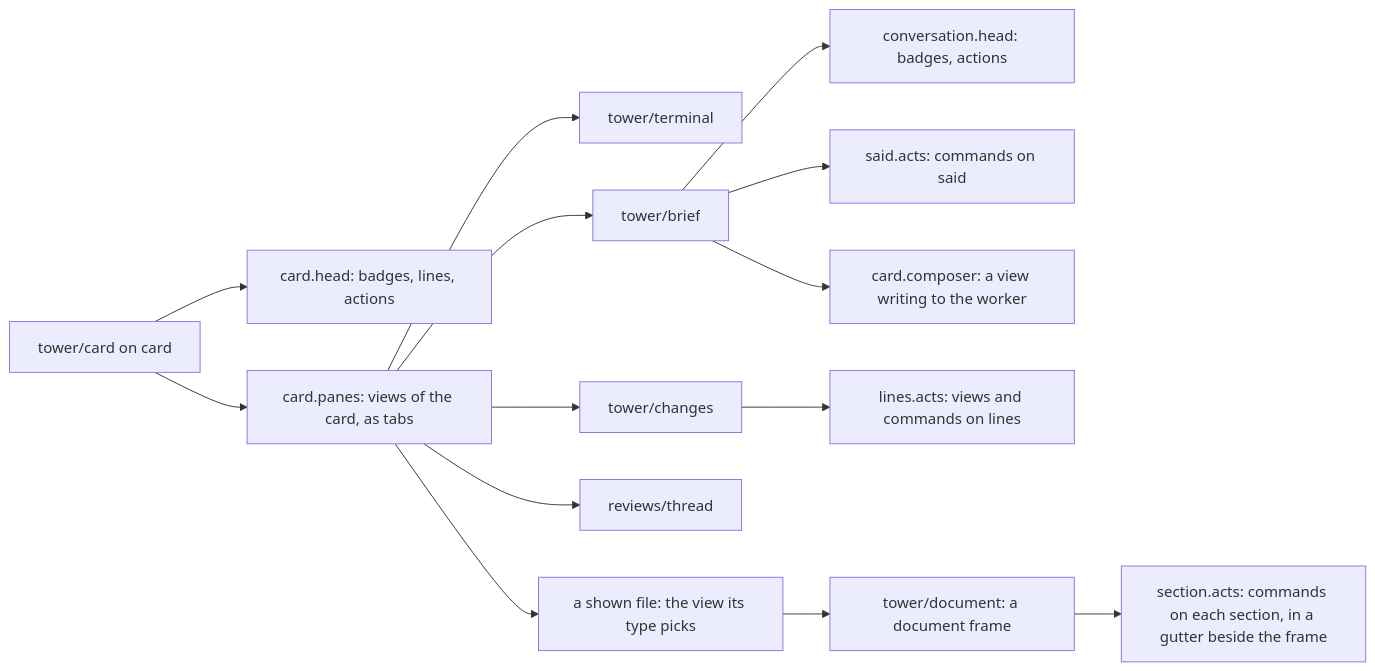
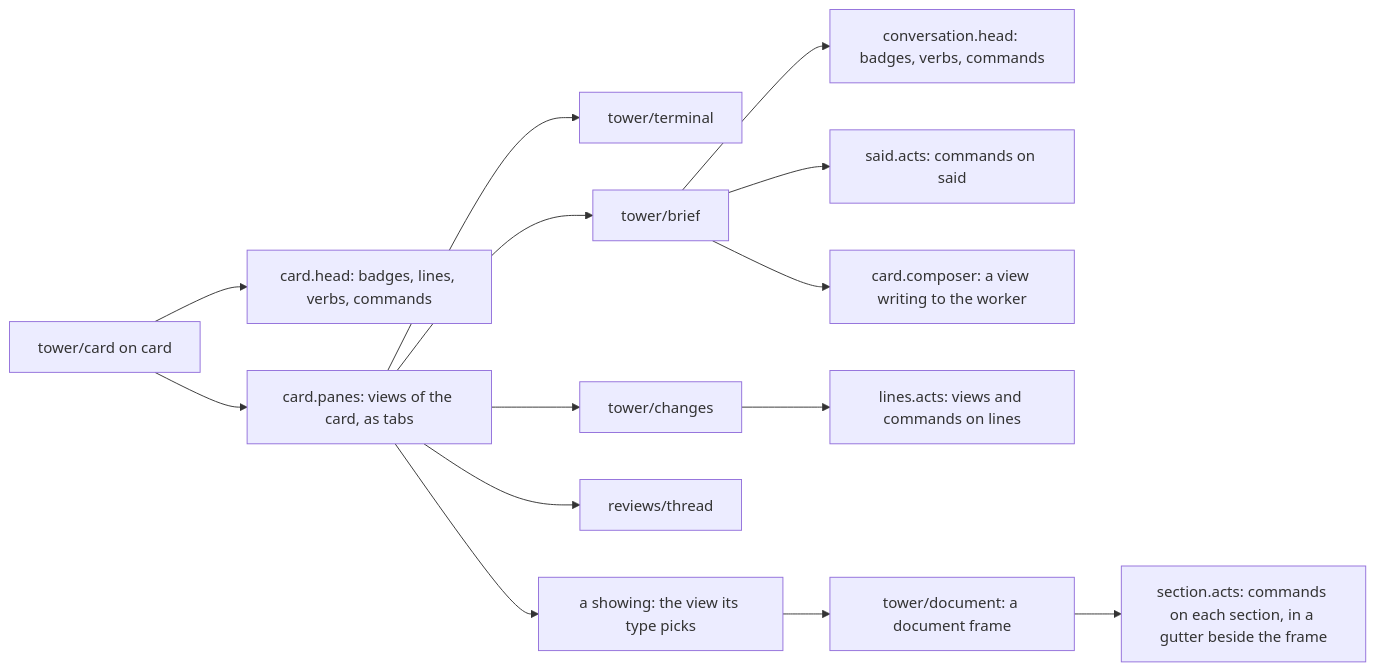
The third of 4 diagrams in kb/entities/decisions/ui-model.md (RegiByte/the-tower), drawn with Mermaid before and after one commit. The commit also changed other lines of this file, not shown here.

````diff
--- a/kb/entities/decisions/ui-model.md
+++ b/kb/entities/decisions/ui-model.md
@@ -357,16 +298,16 @@
 ```mermaid
 flowchart LR
-  card["tower/card on card"] --> head["card.head: badges, lines, actions"]
+  card["tower/card on card"] --> head["card.head: badges, lines, verbs, commands"]
   card --> panes["card.panes: views of the card, as tabs"]
   panes --> term["tower/terminal"]
   panes --> brief["tower/brief"]
   panes --> changes["tower/changes"]
   panes --> thread["reviews/thread"]
-  panes --> shown["a shown file: the view its type picks"]
-  brief --> conv["conversation.head: badges, actions"]
+  panes --> shown["a showing: the view its type picks"]
+  brief --> conv["conversation.head: badges, verbs, commands"]
   brief --> said["said.acts: commands on said"]
   brief --> composer["card.composer: a view writing to the worker"]
   changes --> pick["lines.acts: views and commands on lines"]
   shown --> md["tower/document: a document frame"]
   md --> sec["section.acts: commands on each section, in a gutter beside the frame"]
 ```
````
